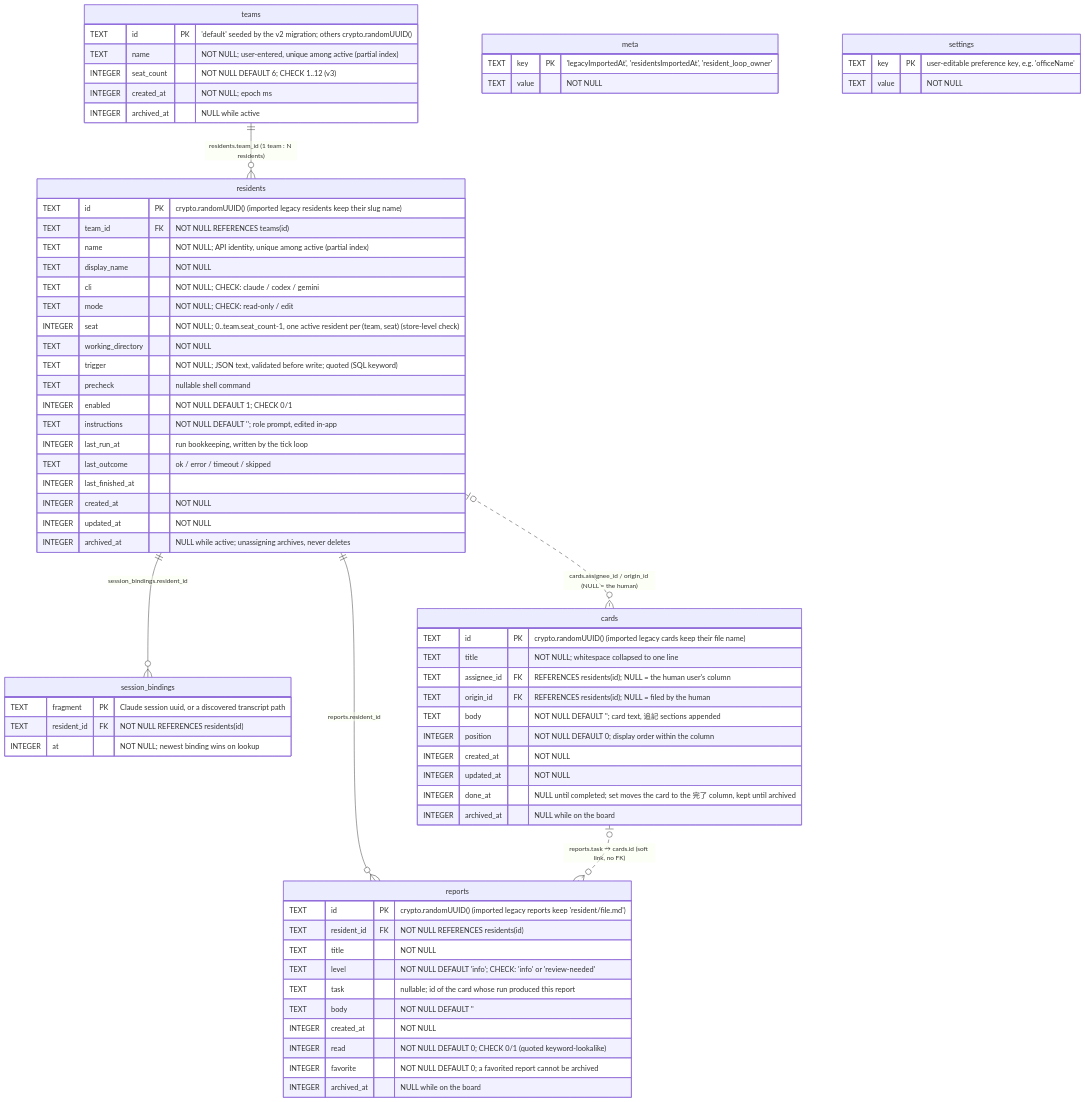
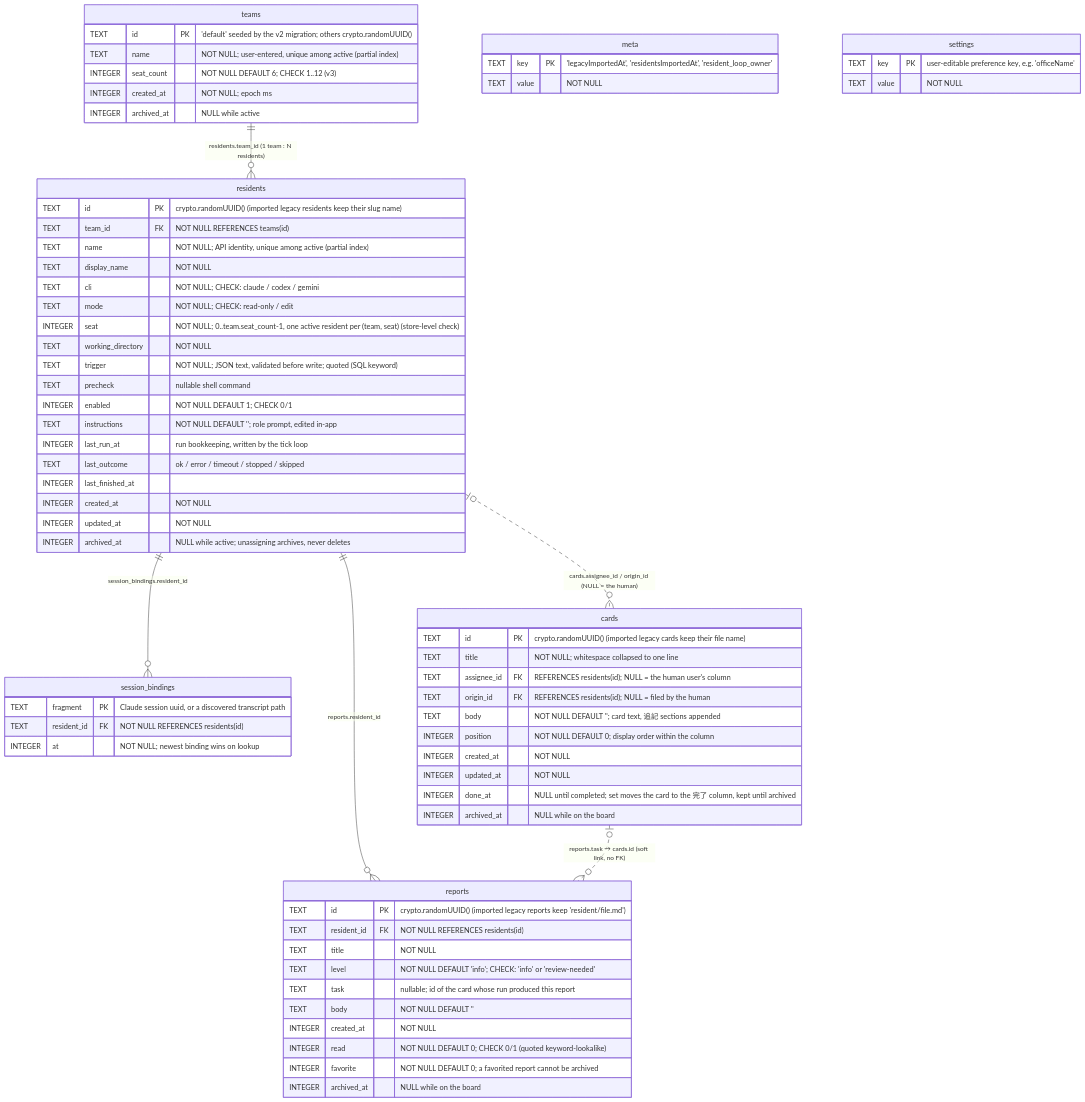
One commit to raihara3/ai-office changed the diagram in docs/database.md. Above: the diagram before and after it, drawn with Mermaid. The commit also changed 10 other files, not shown here.

````diff
--- a/docs/database.md
+++ b/docs/database.md
@@ -11,79 +11,79 @@
 ```mermaid
 erDiagram
     teams ||--o{ residents : "residents.team_id (1 team : N residents)"
     residents ||--o{ session_bindings : "session_bindings.resident_id"
     residents |o..o{ cards : "cards.assignee_id / origin_id (NULL = the human)"
     residents ||--o{ reports : "reports.resident_id"
     cards |o..o{ reports : "reports.task → cards.id (soft link, no FK)"
 
     teams {
         TEXT    id          PK "'default' seeded by the v2 migration; others crypto.randomUUID()"
         TEXT    name           "NOT NULL; user-entered, unique among active (partial index)"
         INTEGER seat_count     "NOT NULL DEFAULT 6; CHECK 1..12 (v3)"
         INTEGER created_at     "NOT NULL; epoch ms"
         INTEGER archived_at    "NULL while active"
     }
 
     residents {
         TEXT    id                PK "crypto.randomUUID() (imported legacy residents keep their slug name)"
         TEXT    team_id           FK "NOT NULL REFERENCES teams(id)"
         TEXT    name              "NOT NULL; API identity, unique among active (partial index)"
         TEXT    display_name      "NOT NULL"
         TEXT    cli               "NOT NULL; CHECK: claude / codex / gemini"
         TEXT    mode              "NOT NULL; CHECK: read-only / edit"
         INTEGER seat              "NOT NULL; 0..team.seat_count-1, one active resident per (team, seat) (store-level check)"
         TEXT    working_directory "NOT NULL"
         TEXT    trigger           "NOT NULL; JSON text, validated before write; quoted (SQL keyword)"
         TEXT    precheck          "nullable shell command"
         INTEGER enabled           "NOT NULL DEFAULT 1; CHECK 0/1"
         TEXT    instructions      "NOT NULL DEFAULT ''; role prompt, edited in-app"
         INTEGER last_run_at       "run bookkeeping, written by the tick loop"
-        TEXT    last_outcome      "ok / error / timeout / skipped"
+        TEXT    last_outcome      "ok / error / timeout / stopped / skipped"
         INTEGER last_finished_at  ""
         INTEGER created_at        "NOT NULL"
         INTEGER updated_at        "NOT NULL"
         INTEGER archived_at       "NULL while active; unassigning archives, never deletes"
     }
 
     session_bindings {
         TEXT    fragment    PK "Claude session uuid, or a discovered transcript path"
         TEXT    resident_id FK "NOT NULL REFERENCES residents(id)"
         INTEGER at             "NOT NULL; newest binding wins on lookup"
     }
 
     cards {
         TEXT    id          PK "crypto.randomUUID() (imported legacy cards keep their file name)"
         TEXT    title          "NOT NULL; whitespace collapsed to one line"
         TEXT    assignee_id FK "REFERENCES residents(id); NULL = the human user's column"
         TEXT    origin_id   FK "REFERENCES residents(id); NULL = filed by the human"
         TEXT    body           "NOT NULL DEFAULT ''; card text, 追記 sections appended"
         INTEGER position       "NOT NULL DEFAULT 0; display order within the column"
         INTEGER created_at     "NOT NULL"
         INTEGER updated_at     "NOT NULL"
         INTEGER done_at        "NULL until completed; set moves the card to the 完了 column, kept until archived"
         INTEGER archived_at    "NULL while on the board"
     }
 
     reports {
         TEXT    id          PK "crypto.randomUUID() (imported legacy reports keep 'resident/file.md')"
         TEXT    resident_id FK "NOT NULL REFERENCES residents(id)"
         TEXT    title          "NOT NULL"
         TEXT    level          "NOT NULL DEFAULT 'info'; CHECK: 'info' or 'review-needed'"
         TEXT    task           "nullable; id of the card whose run produced this report"
         TEXT    body           "NOT NULL DEFAULT ''"
         INTEGER created_at     "NOT NULL"
         INTEGER read           "NOT NULL DEFAULT 0; CHECK 0/1 (quoted keyword-lookalike)"
         INTEGER favorite       "NOT NULL DEFAULT 0; a favorited report cannot be archived"
         INTEGER archived_at    "NULL while on the board"
     }
 
     meta {
         TEXT key   PK "'legacyImportedAt', 'residentsImportedAt', 'resident_loop_owner'"
         TEXT value    "NOT NULL"
     }
 
     settings {
         TEXT key   PK "user-editable preference key, e.g. 'officeName'"
         TEXT value    "NOT NULL"
     }
 ```
````
